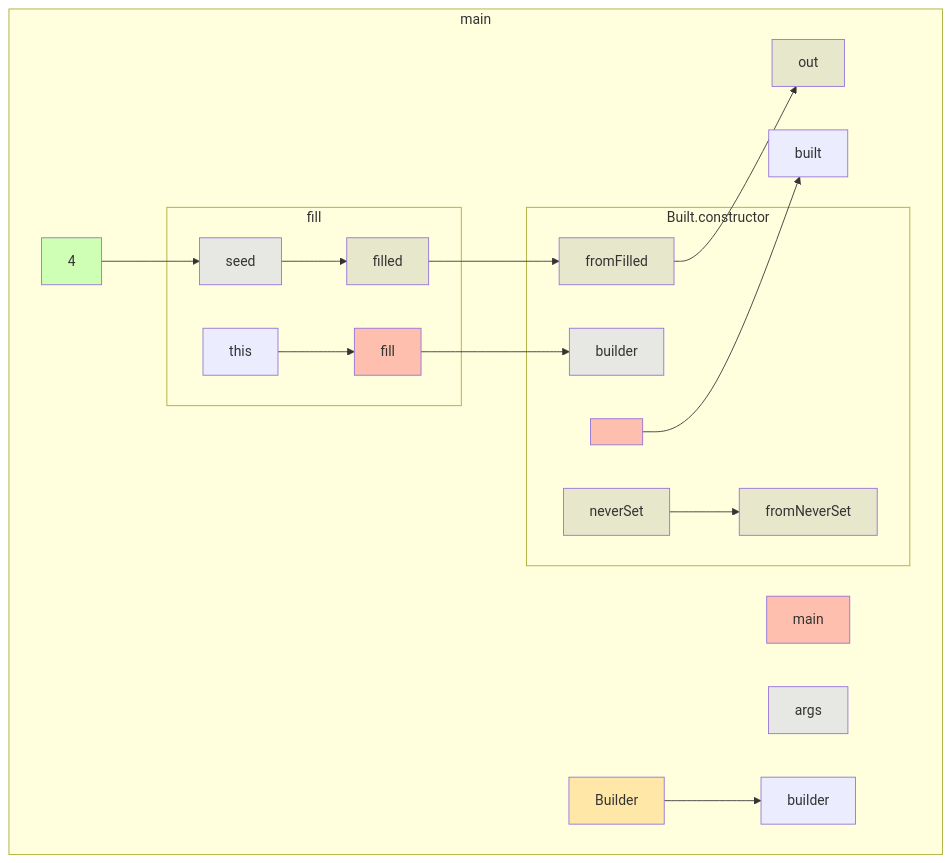
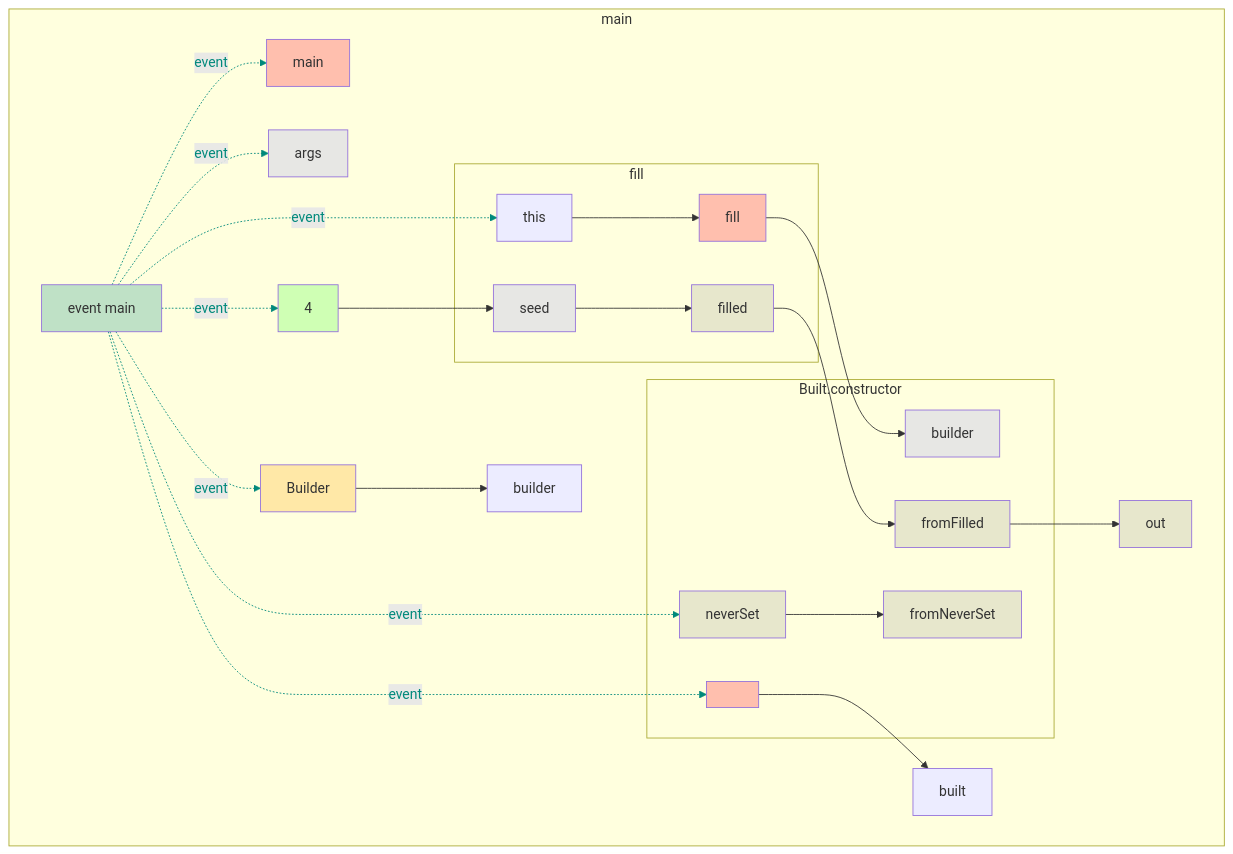
One commit to gstiebler/codeflow changed the diagram in app/src/test/resources/unassignedField/snapshot.md. Above: the diagram before and after it, drawn with Mermaid. The commit also changed 77 other files, not shown here.

````diff
--- a/app/src/test/resources/unassignedField/snapshot.md
+++ b/app/src/test/resources/unassignedField/snapshot.md
@@ -1,41 +1,57 @@
 ```mermaid
 flowchart TD
   subgraph b0["main"]
-    n1[main]:::RETURN
-    n2[args]:::FUNC_PARAM
-    n3[Builder]:::EXTERNAL
-    n4[builder]:::OBJ_VARIABLE
-    n5[4]:::LITERAL
-    n17[built]:::OBJ_VARIABLE
-    n18[out]:::VARIABLE
-    n3[Builder]:::EXTERNAL --> n4[builder]:::OBJ_VARIABLE
-    n5[4]:::LITERAL --> n8[seed]:::FUNC_PARAM
-    n7[fill]:::RETURN --> n13[builder]:::FUNC_PARAM
-    n9[filled]:::VARIABLE --> n14[fromFilled]:::VARIABLE
-    n12[<init>]:::RETURN --> n17[built]:::OBJ_VARIABLE
-    n14[fromFilled]:::VARIABLE --> n18[out]:::VARIABLE
-    subgraph b6["fill"]
-      n7[fill]:::RETURN
-      n8[seed]:::FUNC_PARAM
-      n9[filled]:::VARIABLE
-      n10[this]:::OBJ_VARIABLE
-      n8[seed]:::FUNC_PARAM --> n9[filled]:::VARIABLE
-      n10[this]:::OBJ_VARIABLE --> n7[fill]:::RETURN
+    n1[event main]:::EVENT
+    n2[main]:::RETURN
+    n3[args]:::FUNC_PARAM
+    n4[Builder]:::EXTERNAL
+    n5[builder]:::OBJ_VARIABLE
+    n6[4]:::LITERAL
+    n18[built]:::OBJ_VARIABLE
+    n19[out]:::VARIABLE
+    n1[event main]:::EVENT -. event .-> n2[main]:::RETURN
+    n1[event main]:::EVENT -. event .-> n3[args]:::FUNC_PARAM
+    n1[event main]:::EVENT -. event .-> n4[Builder]:::EXTERNAL
+    n1[event main]:::EVENT -. event .-> n6[4]:::LITERAL
+    n1[event main]:::EVENT -. event .-> n11[this]:::OBJ_VARIABLE
+    n1[event main]:::EVENT -. event .-> n13[<init>]:::RETURN
+    n1[event main]:::EVENT -. event .-> n16[neverSet]:::VARIABLE
+    n4[Builder]:::EXTERNAL --> n5[builder]:::OBJ_VARIABLE
+    n6[4]:::LITERAL --> n9[seed]:::FUNC_PARAM
+    n8[fill]:::RETURN --> n14[builder]:::FUNC_PARAM
+    n10[filled]:::VARIABLE --> n15[fromFilled]:::VARIABLE
+    n13[<init>]:::RETURN --> n18[built]:::OBJ_VARIABLE
+    n15[fromFilled]:::VARIABLE --> n19[out]:::VARIABLE
+    subgraph b7["fill"]
+      n8[fill]:::RETURN
+      n9[seed]:::FUNC_PARAM
+      n10[filled]:::VARIABLE
+      n11[this]:::OBJ_VARIABLE
+      n9[seed]:::FUNC_PARAM --> n10[filled]:::VARIABLE
+      n11[this]:::OBJ_VARIABLE --> n8[fill]:::RETURN
     end
-    subgraph b11["Built.constructor"]
-      n12[<init>]:::RETURN
-      n13[builder]:::FUNC_PARAM
-      n14[fromFilled]:::VARIABLE
-      n15[neverSet]:::VARIABLE
-      n16[fromNeverSet]:::VARIABLE
-      n15[neverSet]:::VARIABLE --> n16[fromNeverSet]:::VARIABLE
+    subgraph b12["Built.constructor"]
+      n13[<init>]:::RETURN
+      n14[builder]:::FUNC_PARAM
+      n15[fromFilled]:::VARIABLE
+      n16[neverSet]:::VARIABLE
+      n17[fromNeverSet]:::VARIABLE
+      n16[neverSet]:::VARIABLE --> n17[fromNeverSet]:::VARIABLE
     end
   end
+  linkStyle 0 stroke:#00897b,color:#00897b
+  linkStyle 1 stroke:#00897b,color:#00897b
+  linkStyle 2 stroke:#00897b,color:#00897b
+  linkStyle 3 stroke:#00897b,color:#00897b
+  linkStyle 4 stroke:#00897b,color:#00897b
+  linkStyle 5 stroke:#00897b,color:#00897b
+  linkStyle 6 stroke:#00897b,color:#00897b
   classDef LITERAL fill:#00FF0030
   classDef VARIABLE fill:#80808030
   classDef BIN_OP fill:#80808080
   classDef FUNC_PARAM fill:#8080FF30
   classDef RETURN fill:#FF808080
   classDef EXTERNAL fill:#FFA50040
   classDef UNMODELLED fill:#FF000030,stroke-dasharray: 4 2
+  classDef EVENT fill:#00897B40
 ```
````
